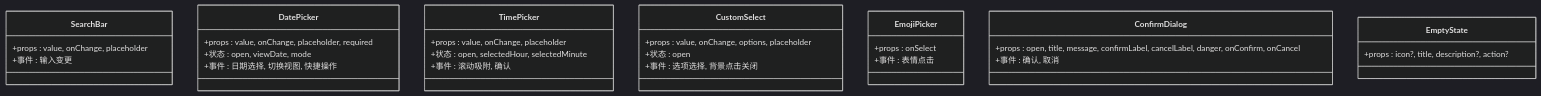
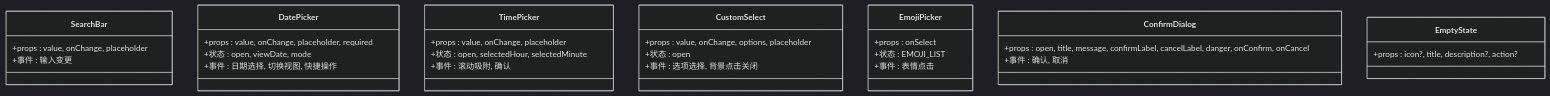
The second of 6 diagrams in .qoder/repowiki/zh/content/用户界面组件/通用组件.md (yn-zxj/Assetly), drawn with Mermaid (dark theme) before and after one commit. The commit also changed other lines of this file and 16 other files, not shown here.

````diff
--- a/.qoder/repowiki/zh/content/用户界面组件/通用组件.md
+++ b/.qoder/repowiki/zh/content/用户界面组件/通用组件.md
@@ -110,33 +123,34 @@
 ```mermaid
 classDiagram
 class SearchBar {
 +props : value, onChange, placeholder
 +事件 : 输入变更
 }
 class DatePicker {
 +props : value, onChange, placeholder, required
 +状态 : open, viewDate, mode
 +事件 : 日期选择, 切换视图, 快捷操作
 }
 class TimePicker {
 +props : value, onChange, placeholder
 +状态 : open, selectedHour, selectedMinute
 +事件 : 滚动吸附, 确认
 }
 class CustomSelect {
 +props : value, onChange, options, placeholder
 +状态 : open
 +事件 : 选项选择, 背景点击关闭
 }
 class EmojiPicker {
 +props : onSelect
++状态 : EMOJI_LIST
 +事件 : 表情点击
 }
 class ConfirmDialog {
 +props : open, title, message, confirmLabel, cancelLabel, danger, onConfirm, onCancel
 +事件 : 确认, 取消
 }
 class EmptyState {
 +props : icon?, title, description?, action?
 }
 ```
````
